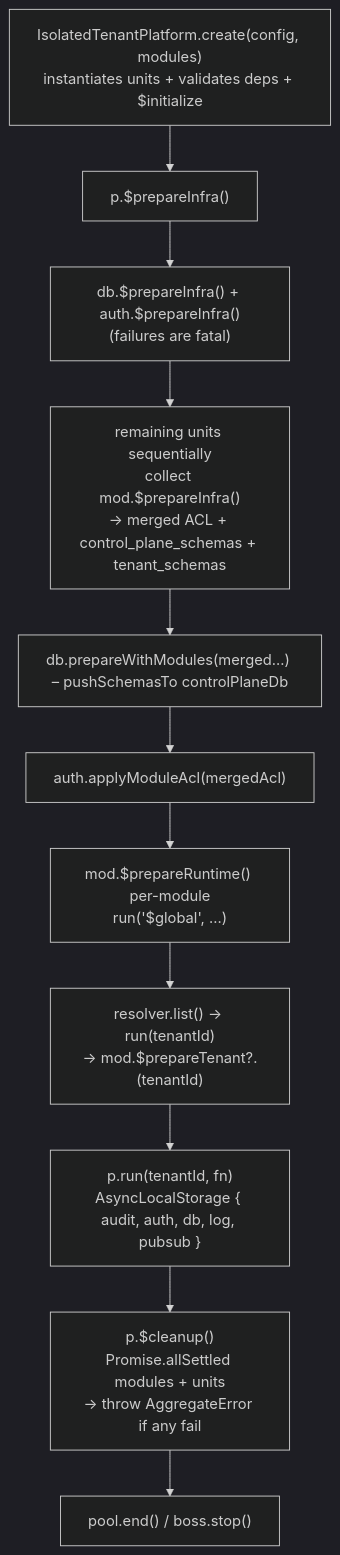
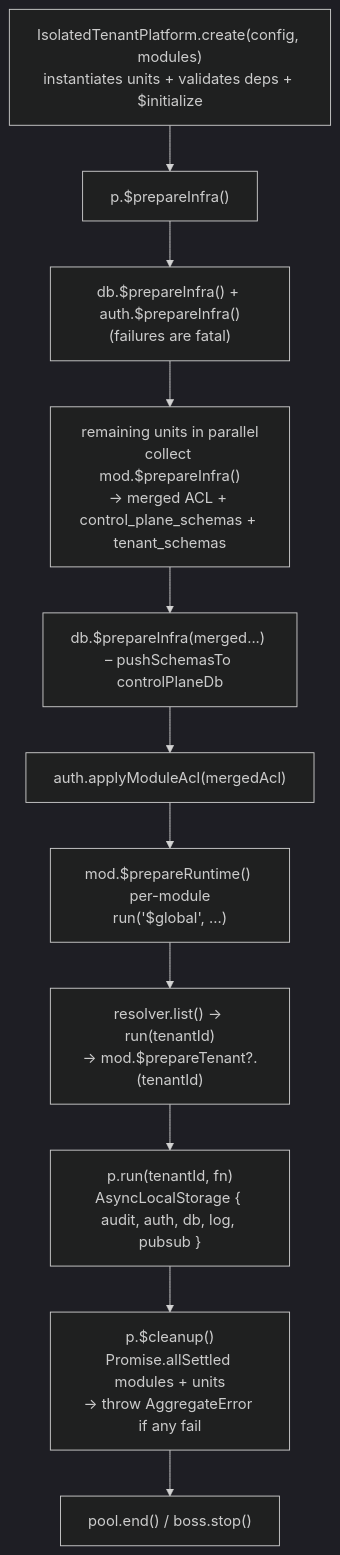
Before and after one commit to AdityaBorkar/aspen-os: the second of 3 diagrams in packages/platform/docs/overview.mdx, drawn with Mermaid (dark theme). The commit also changed other lines of this file and 12 other files, not shown here.

````diff
--- a/packages/platform/docs/overview.mdx
+++ b/packages/platform/docs/overview.mdx
@@ -84,13 +84,13 @@
 ```mermaid
 flowchart TB
   A["IsolatedTenantPlatform.create(config, modules)\ninstantiates units + validates deps + $initialize"] --> B["p.$prepareInfra()"]
   B --> B1["db.$prepareInfra() + auth.$prepareInfra()\n(failures are fatal)"]
-  B1 --> B2["remaining units sequentially\ncollect mod.$prepareInfra()\n→ merged ACL + control_plane_schemas + tenant_schemas"]
-  B2 --> B3["db.prepareWithModules(merged...) – pushSchemasTo controlPlaneDb"]
+  B1 --> B2["remaining units in parallel\ncollect mod.$prepareInfra()\n→ merged ACL + control_plane_schemas + tenant_schemas"]
+  B2 --> B3["db.$prepareInfra(merged...) – pushSchemasTo controlPlaneDb"]
   B3 --> B4["auth.applyModuleAcl(mergedAcl)"]
   B4 --> B5["mod.$prepareRuntime() per-module\nrun('$global', ...)"]
   B5 --> B6["resolver.list() → run(tenantId)\n→ mod.$prepareTenant?.(tenantId)"]
   B6 --> C["p.run(tenantId, fn)\nAsyncLocalStorage { audit, auth, db, log, pubsub }"]
   C --> D["p.$cleanup()\nPromise.allSettled modules + units\n→ throw AggregateError if any fail"]
   D --> E["pool.end() / boss.stop()"]
 ```
````
